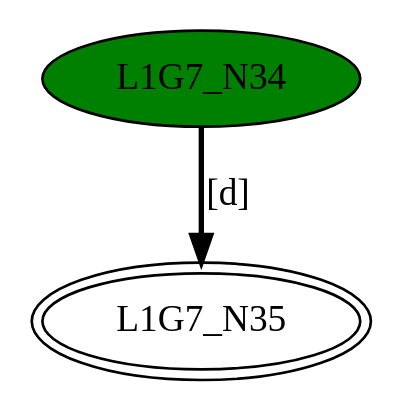
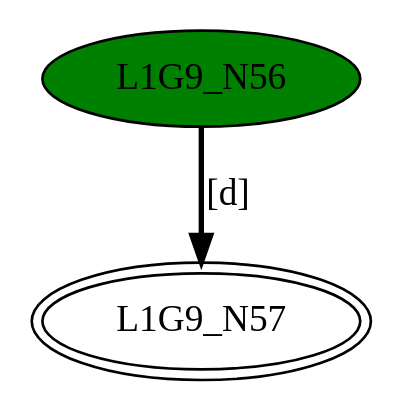
One commit to GDimitroulakos/EDUFLEX changed the diagram in DFASimulator/Testbench/BasicChar_[d].dot. Above: the diagram before and after it, drawn with Graphviz. The commit also changed 34 other files, not shown here.

```diff
--- a/DFASimulator/Testbench/BasicChar_[d].dot
+++ b/DFASimulator/Testbench/BasicChar_[d].dot
@@ -1,5 +1,5 @@
-digraph G7{
-"L1G7_N34" [style=filled,fillcolor=green];
-"L1G7_N35" [peripheries=2];
-"L1G7_N34"->"L1G7_N35" [style = bold, label = "[d]"];
+digraph G9{
+"L1G9_N56" [style=filled,fillcolor=green];
+"L1G9_N57" [peripheries=2];
+"L1G9_N56"->"L1G9_N57" [style = bold, label = "[d]"];
 }
```
